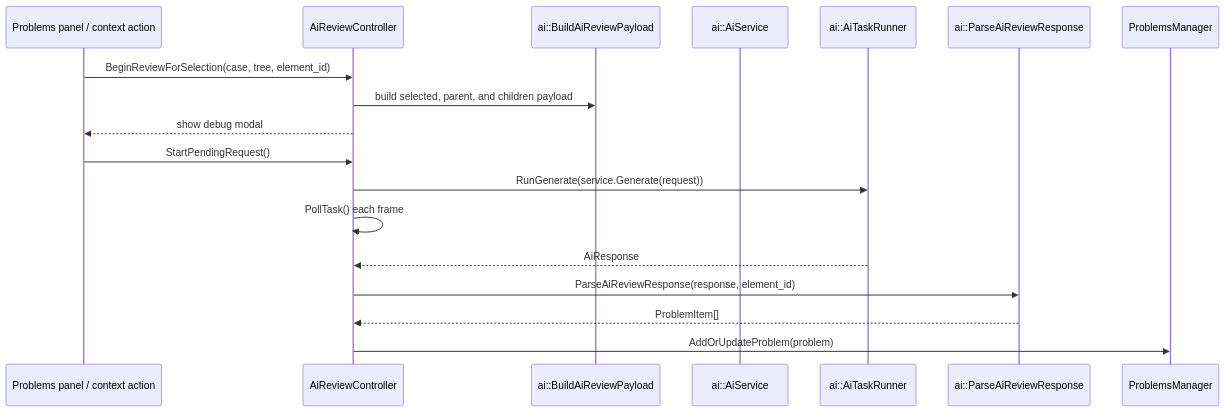
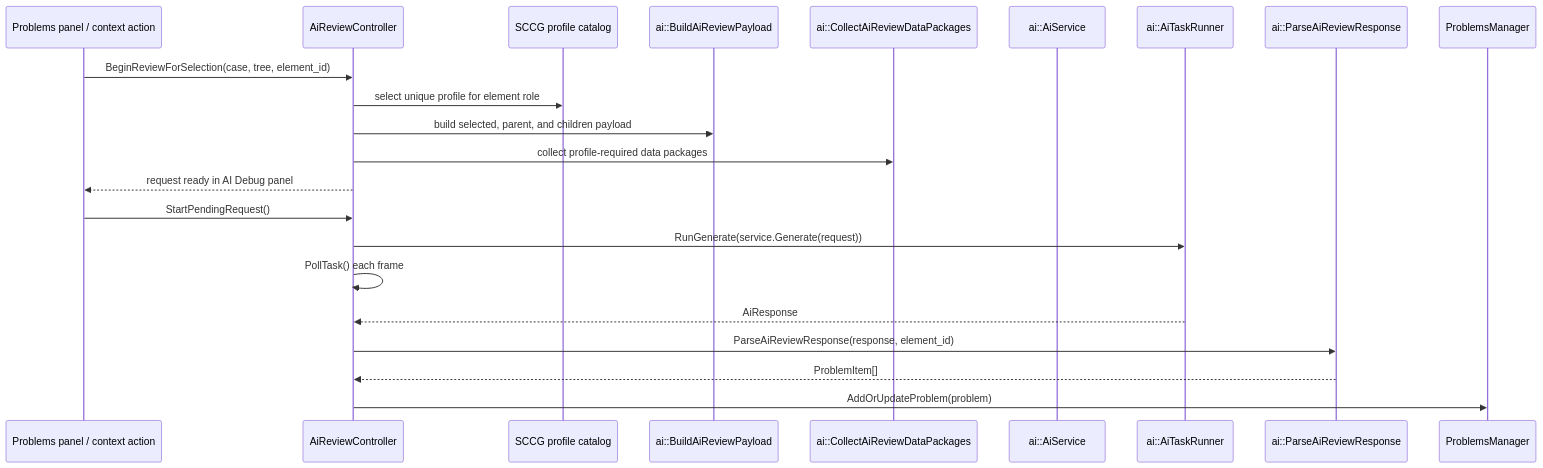
The sixth of 6 diagrams in docs/architecture/controllers.md (lasrod/assurance-forge), drawn with Mermaid before and after one commit. The commit also changed 18 other files, not shown here.

Commit message:
update SCCG element review profiles

````diff
--- a/docs/architecture/controllers.md
+++ b/docs/architecture/controllers.md
@@ -104,21 +104,25 @@
 ```mermaid
 sequenceDiagram
     participant UI as Problems panel / context action
     participant Controller as AiReviewController
+    participant Catalog as SCCG profile catalog
     participant Builder as ai::BuildAiReviewPayload
+    participant Data as ai::CollectAiReviewDataPackages
     participant Service as ai::AiService
     participant Runner as ai::AiTaskRunner
     participant Parser as ai::ParseAiReviewResponse
     participant Problems as ProblemsManager
 
     UI->>Controller: BeginReviewForSelection(case, tree, element_id)
+    Controller->>Catalog: select unique profile for element role
     Controller->>Builder: build selected, parent, and children payload
-    Controller-->>UI: show debug modal
+    Controller->>Data: collect profile-required data packages
+    Controller-->>UI: request ready in AI Debug panel
     UI->>Controller: StartPendingRequest()
     Controller->>Runner: RunGenerate(service.Generate(request))
     Controller->>Controller: PollTask() each frame
     Runner-->>Controller: AiResponse
     Controller->>Parser: ParseAiReviewResponse(response, element_id)
     Parser-->>Controller: ProblemItem[]
     Controller->>Problems: AddOrUpdateProblem(problem)
 ```
````
